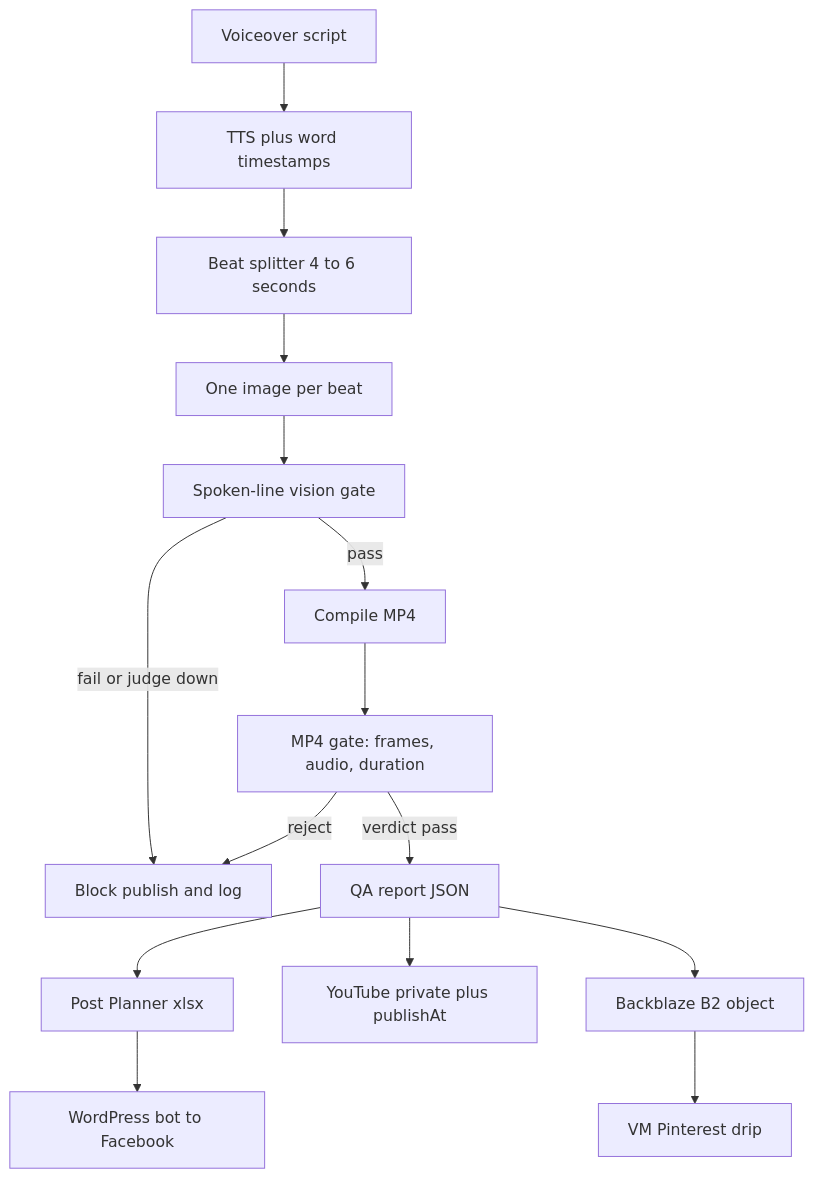
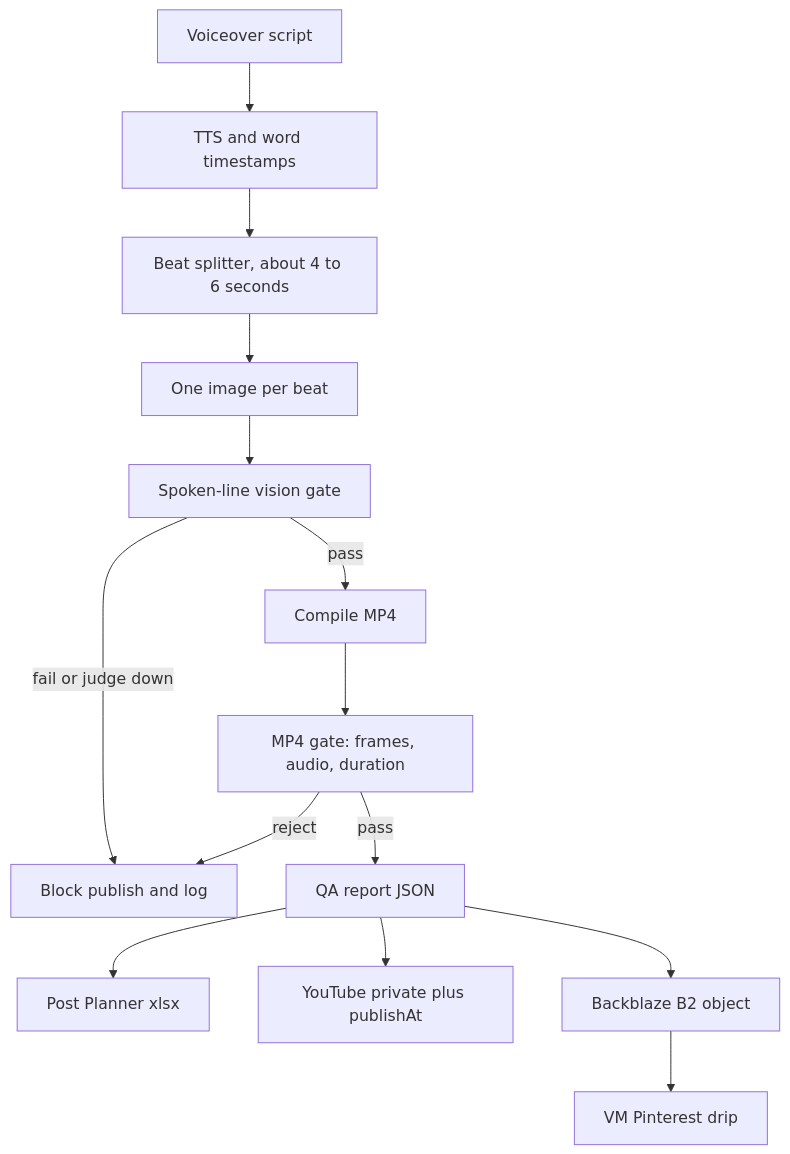
The third of 7 diagrams in docs/architecture/diagrams.md (diogolean/Omni-Engine), drawn with Mermaid before and after one commit. The commit also changed other lines of this file and 7 other files, not shown here.

````diff
--- a/docs/architecture/diagrams.md
+++ b/docs/architecture/diagrams.md
@@ -5,17 +69,16 @@
 ```mermaid
 flowchart TD
-    script[Voiceover script] --> tts[TTS plus word timestamps]
-    tts --> beats[Beat splitter 4 to 6 seconds]
-    beats --> stills[One image per beat]
-    stills --> gate[Spoken-line vision gate]
-    gate -->|pass| compile[Compile MP4]
-    gate -->|fail or judge down| block[Block publish and log]
-    compile --> mp4[MP4 gate: frames, audio, duration]
-    mp4 -->|verdict pass| report[QA report JSON]
-    mp4 -->|reject| block
-    report --> planner[Post Planner xlsx]
-    report --> youtube[YouTube private plus publishAt]
-    planner --> facebook[WordPress bot to Facebook]
-    report --> b2[Backblaze B2 object]
-    b2 --> pinterest[VM Pinterest drip]
+  script[Voiceover script] --> tts[TTS and word timestamps]
+  tts --> beats[Beat splitter, about 4 to 6 seconds]
+  beats --> stills[One image per beat]
+  stills --> vgate[Spoken-line vision gate]
+  vgate -->|pass| mux[Compile MP4]
+  vgate -->|fail or judge down| block[Block publish and log]
+  mux --> mp4[MP4 gate: frames, audio, duration]
+  mp4 -->|pass| report[QA report JSON]
+  mp4 -->|reject| block
+  report --> planner[Post Planner xlsx]
+  report --> youtube[YouTube private plus publishAt]
+  report --> b2[Backblaze B2 object]
+  b2 --> pinterest[VM Pinterest drip]
 ```
````
